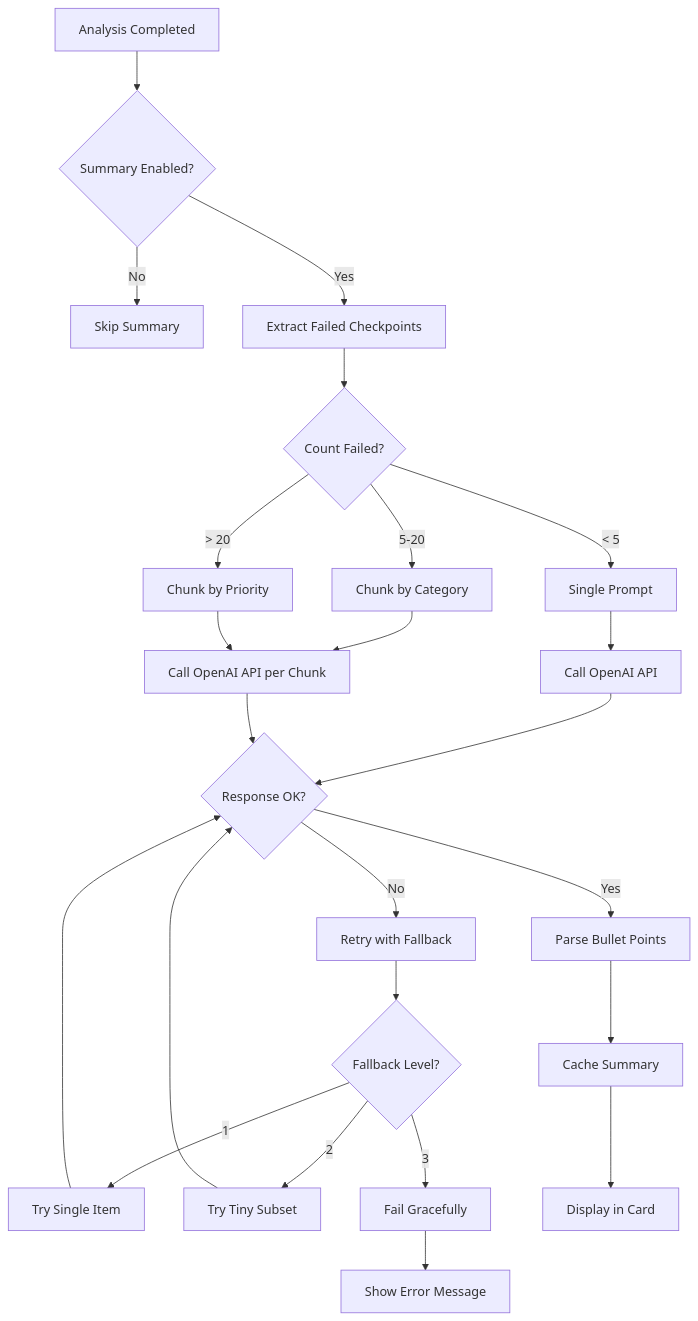
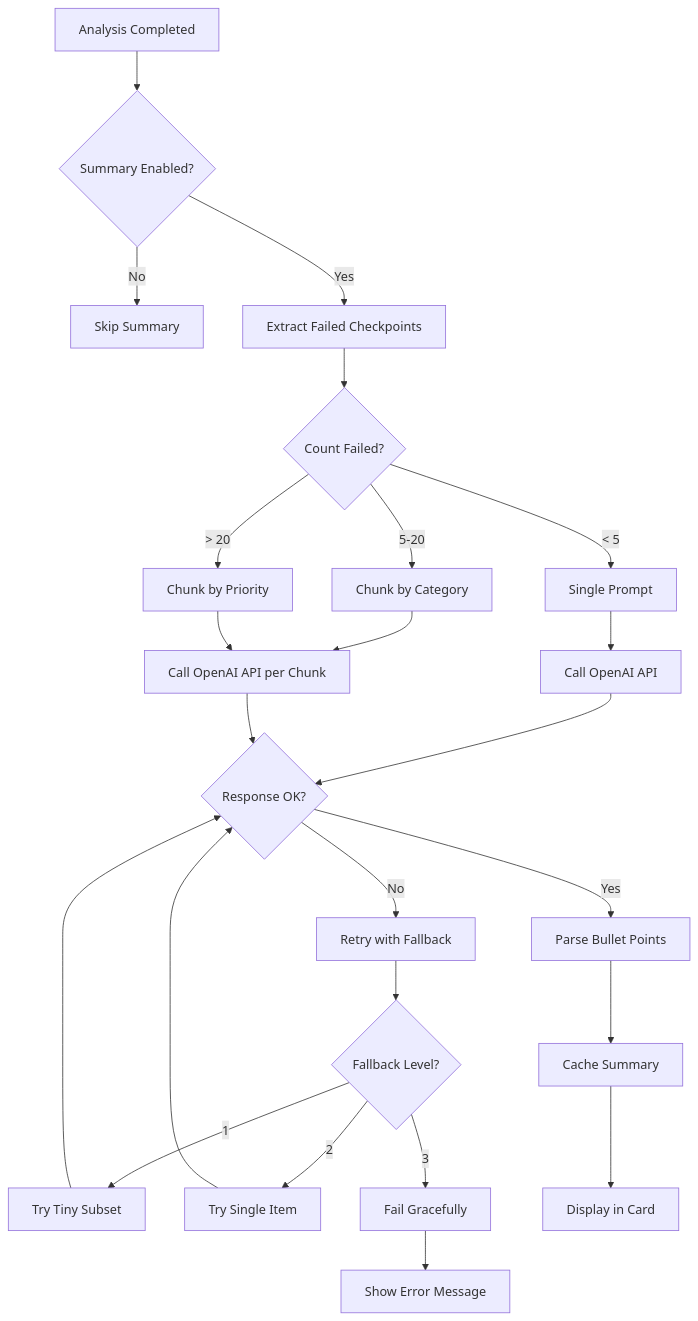
The third of 4 diagrams in docs/AI-FEATURES.md (Crownpeak/dqm-react-component), drawn with Mermaid before and after one commit. The commit also changed other lines of this file and 75 other files, not shown here.

````diff
--- a/docs/AI-FEATURES.md
+++ b/docs/AI-FEATURES.md
@@ -317,26 +224,26 @@
 ```mermaid
 flowchart TD
     A[Analysis Completed] --> B{Summary Enabled?}
     B -->|No| Z[Skip Summary]
     B -->|Yes| C[Extract Failed Checkpoints]
     C --> D{Count Failed?}
     D -->|< 5| E[Single Prompt]
     D -->|5-20| F[Chunk by Category]
     D -->|> 20| G[Chunk by Priority]
     E --> H[Call OpenAI API]
     F --> I[Call OpenAI API per Chunk]
     G --> I
     H --> J{Response OK?}
     I --> J
     J -->|Yes| K[Parse Bullet Points]
     J -->|No| L[Retry with Fallback]
     L --> M{Fallback Level?}
-    M -->|1| N[Try Single Item]
-    M -->|2| O[Try Tiny Subset]
+    M -->|1| O[Try Tiny Subset]
+    M -->|2| N[Try Single Item]
     M -->|3| P[Fail Gracefully]
     N --> J
     O --> J
     K --> Q[Cache Summary]
     Q --> R[Display in Card]
     P --> S[Show Error Message]
 ```
````
